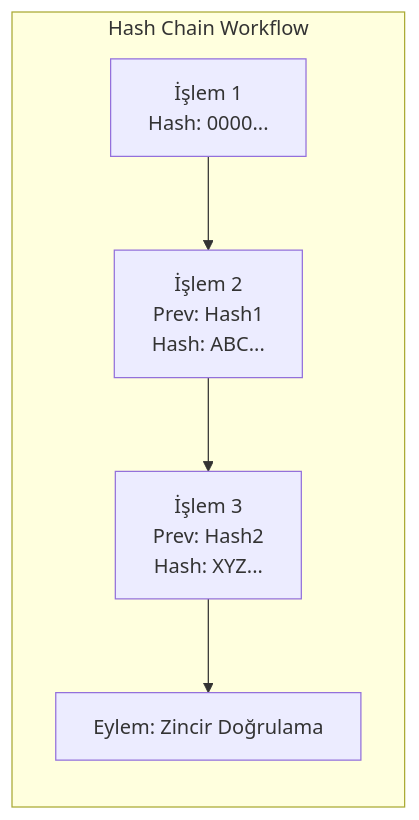
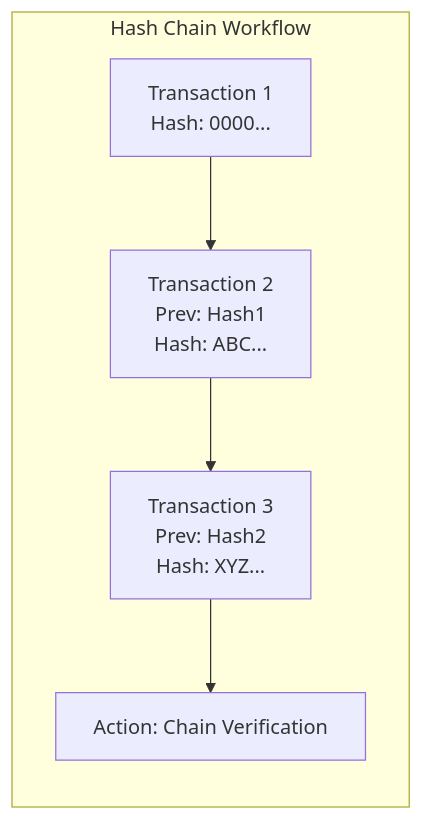
The diagram in docs/04-developer/financial/audit-crypto-and-export-integrity.md (MaxHandMade/mhm-rentiva-docs), drawn with Mermaid before and after one commit. The commit also changed other lines of this file and 347 other files, not shown here.

````diff
--- a/docs/04-developer/financial/audit-crypto-and-export-integrity.md
+++ b/docs/04-developer/financial/audit-crypto-and-export-integrity.md
@@ -34,8 +34,8 @@
 ```mermaid
 graph LR
     subgraph "Hash Chain Workflow"
-    A[İşlem 1 <br/> Hash: 0000...] --> B[İşlem 2 <br/> Prev: Hash1 <br/> Hash: ABC...]
-    B --> C[İşlem 3 <br/> Prev: Hash2 <br/> Hash: XYZ...]
-    C --> D[Eylem: Zincir Doğrulama]
+    A[Transaction 1 <br/> Hash: 0000...] --> B[Transaction 2 <br/> Prev: Hash1 <br/> Hash: ABC...]
+    B --> C[Transaction 3 <br/> Prev: Hash2 <br/> Hash: XYZ...]
+    C --> D[Action: Chain Verification]
     end
 ```
````
